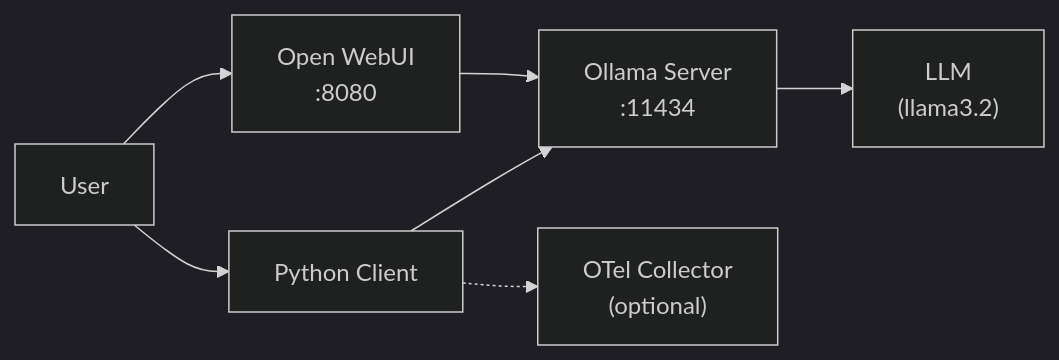
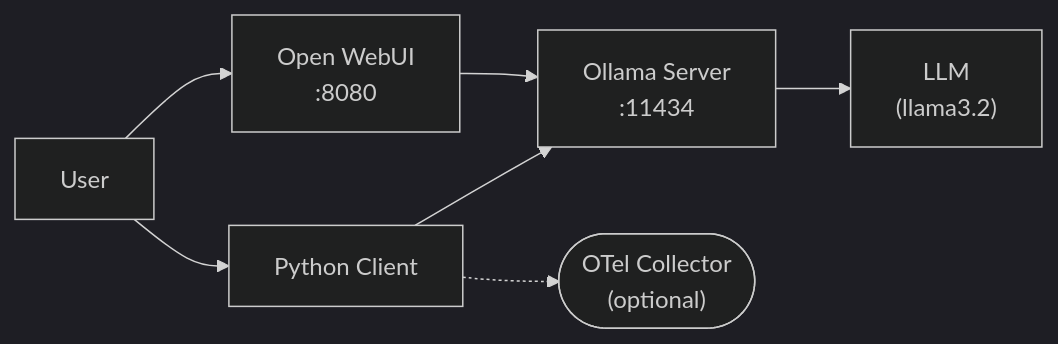
One commit to kylehounslow/ollama-docker-compose changed the diagram in README.md. Above: the diagram before and after it, drawn with Mermaid (dark theme). The commit also changed 1 other file, not shown here.

Commit message:
update README. update .env

````diff
--- a/README.md
+++ b/README.md
@@ -5,9 +5,9 @@
 ```mermaid
 graph LR
     A[User] --> B[Open WebUI<br/>:8080]
     A --> C[Python Client]
     B --> D[Ollama Server<br/>:11434]
     C --> D
     D --> E["LLM<br/>(llama3.2)"]
-    C -.-> F["OTel Collector<br/>(optional)"]
+    C -.-> F(["OTel Collector<br/>(optional)"])
 ```
````
